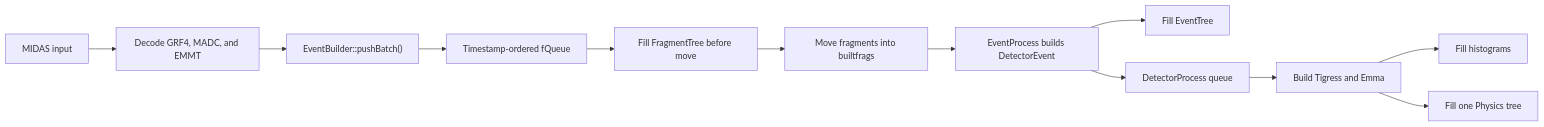
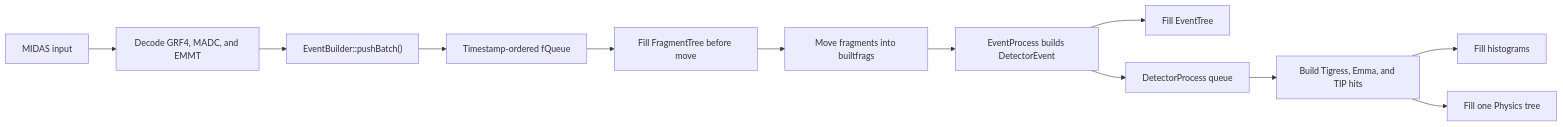
Before and after one commit to RHYME11/S2426Sort: the diagram in README.md, drawn with Mermaid. The commit also changed other lines of this file and 3 other files, not shown here.

Commit message:
Write TIP hits into all physics trees

````diff
--- a/README.md
+++ b/README.md
@@ -108,14 +111,14 @@
 ```mermaid
 flowchart LR
   A["MIDAS input"] --> B["Decode GRF4, MADC, and EMMT"]
   B --> C["EventBuilder::pushBatch()"]
   C --> D["Timestamp-ordered fQueue"]
   D --> E["Fill FragmentTree before move"]
   E --> F["Move fragments into builtfrags"]
   F --> G["EventProcess builds DetectorEvent"]
   G --> H["Fill EventTree"]
   G --> I["DetectorProcess queue"]
-  I --> J["Build Tigress and Emma"]
+  I --> J["Build Tigress, Emma, and TIP hits"]
   J --> K["Fill histograms"]
   J --> L["Fill one Physics tree"]
 ```
````
